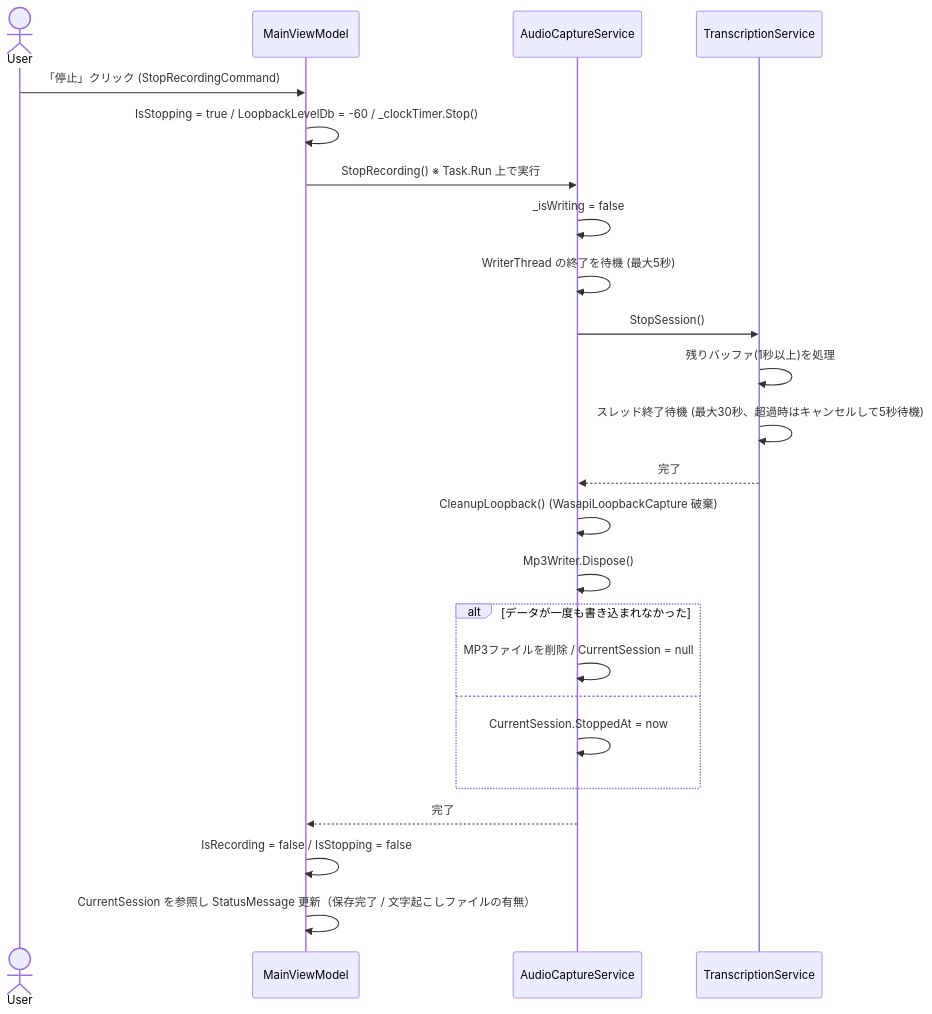
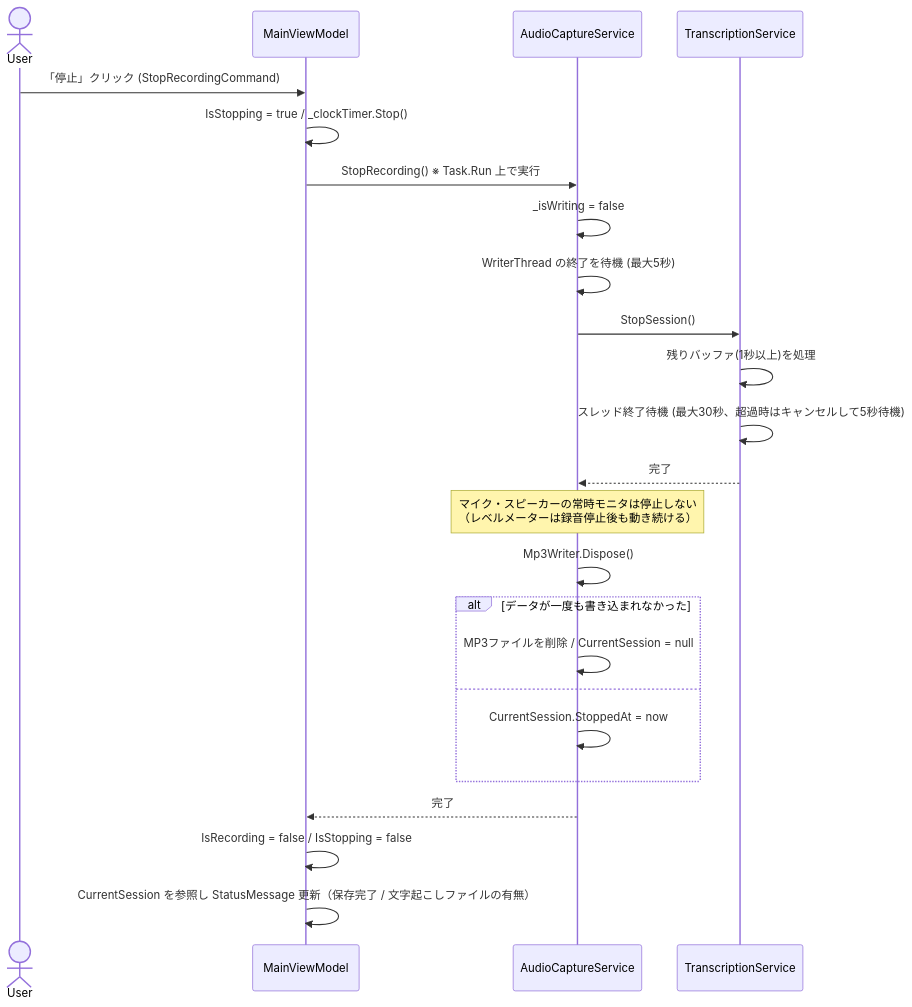
Before and after one commit to otomac/audio-capture-app: the fourth of 7 diagrams in docs/spec/04_sequence_diagram.md, drawn with Mermaid. The commit also changed other lines of this file and 7 other files, not shown here.

````diff
--- a/docs/spec/04_sequence_diagram.md
+++ b/docs/spec/04_sequence_diagram.md
@@ -107,30 +113,30 @@
 ```mermaid
 sequenceDiagram
     actor User
     participant VM as MainViewModel
     participant ACS as AudioCaptureService
     participant TS as TranscriptionService
 
     User->>VM: 「停止」クリック (StopRecordingCommand)
-    VM->>VM: IsStopping = true / LoopbackLevelDb = -60 / _clockTimer.Stop()
+    VM->>VM: IsStopping = true / _clockTimer.Stop()
     VM->>ACS: StopRecording() ※ Task.Run 上で実行
 
     ACS->>ACS: _isWriting = false
     ACS->>ACS: WriterThread の終了を待機 (最大5秒)
     ACS->>TS: StopSession()
     TS->>TS: 残りバッファ(1秒以上)を処理
     TS->>TS: スレッド終了待機 (最大30秒、超過時はキャンセルして5秒待機)
     TS-->>ACS: 完了
 
-    ACS->>ACS: CleanupLoopback() (WasapiLoopbackCapture 破棄)
+    Note over ACS: マイク・スピーカーの常時モニタは停止しない<br/>（レベルメーターは録音停止後も動き続ける）
     ACS->>ACS: Mp3Writer.Dispose()
     alt データが一度も書き込まれなかった
         ACS->>ACS: MP3ファイルを削除 / CurrentSession = null
     else
         ACS->>ACS: CurrentSession.StoppedAt = now
     end
     ACS-->>VM: 完了
 
     VM->>VM: IsRecording = false / IsStopping = false
     VM->>VM: CurrentSession を参照し StatusMessage 更新（保存完了 / 文字起こしファイルの有無）
 ```
````
